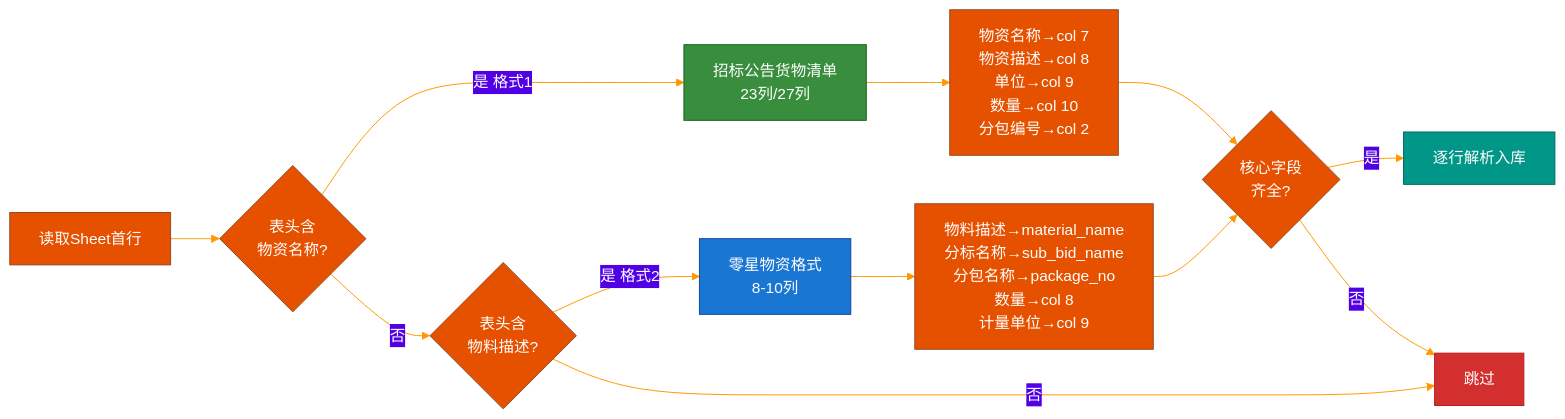
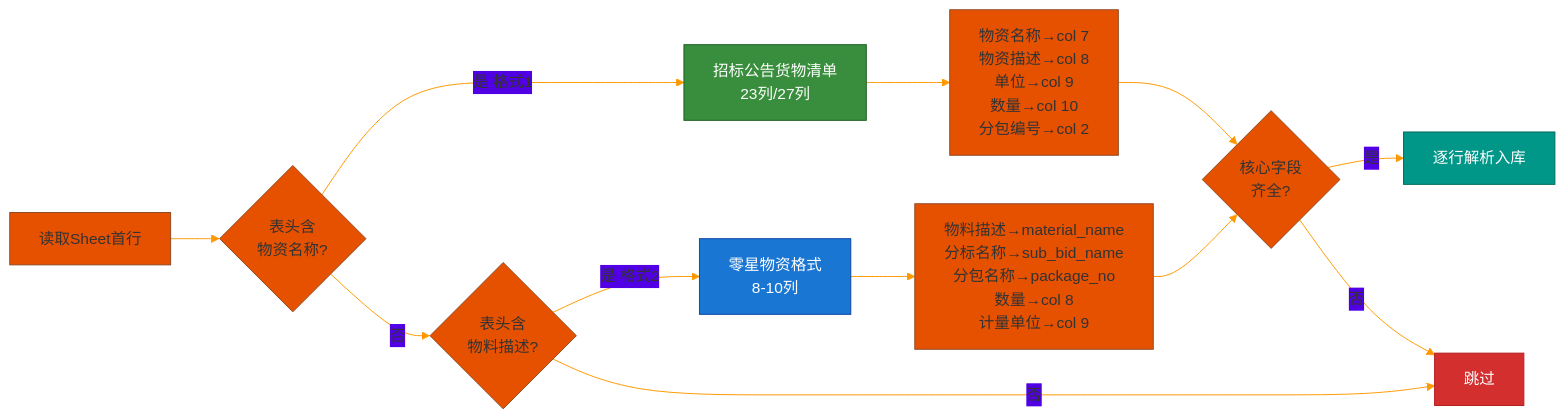
One commit to lilacseeking/bidding-ecp-data changed the third of 6 diagrams in README.md. Above: the diagram before and after it, drawn with Mermaid. The commit also changed other lines of this file, not shown here.

First line of the commit message:
fix: 移除mermaid init中primaryTextColor白字, 保留深色节点style白字

````diff
--- a/README.md
+++ b/README.md
@@ -154,23 +154,23 @@
 ```mermaid
-%%{init: {'theme': 'base', 'themeVariables': { 'primaryColor': '#E65100', 'primaryTextColor': '#fff', 'lineColor': '#FF9800'}}}%%
+%%{init: {'theme': 'base', 'themeVariables': { 'primaryColor': '#E65100', 'lineColor': '#FF9800'}}}%%
 graph LR
     A[读取Sheet首行] --> B{表头含<br/>物资名称?}
     B -->|是 格式1| C[招标公告货物清单<br/>23列/27列]
     B -->|否| D{表头含<br/>物料描述?}
     D -->|是 格式2| E[零星物资格式<br/>8-10列]
     D -->|否| F[跳过]
 
     C --> C1[物资名称→col 7<br/>物资描述→col 8<br/>单位→col 9<br/>数量→col 10<br/>分包编号→col 2]
 
     E --> E1[物料描述→material_name<br/>分标名称→sub_bid_name<br/>分包名称→package_no<br/>数量→col 8<br/>计量单位→col 9]
 
     C1 --> G{核心字段<br/>齐全?}
     E1 --> G
     G -->|是| H[逐行解析入库]
     G -->|否| F
 
     style C fill:#388E3C,color:#fff,stroke:#1B5E20
     style E fill:#1976D2,color:#fff,stroke:#0D47A1
     style H fill:#009688,color:#fff,stroke:#00695C
     style F fill:#D32F2F,color:#fff,stroke:#B71C1C
 ```
````
